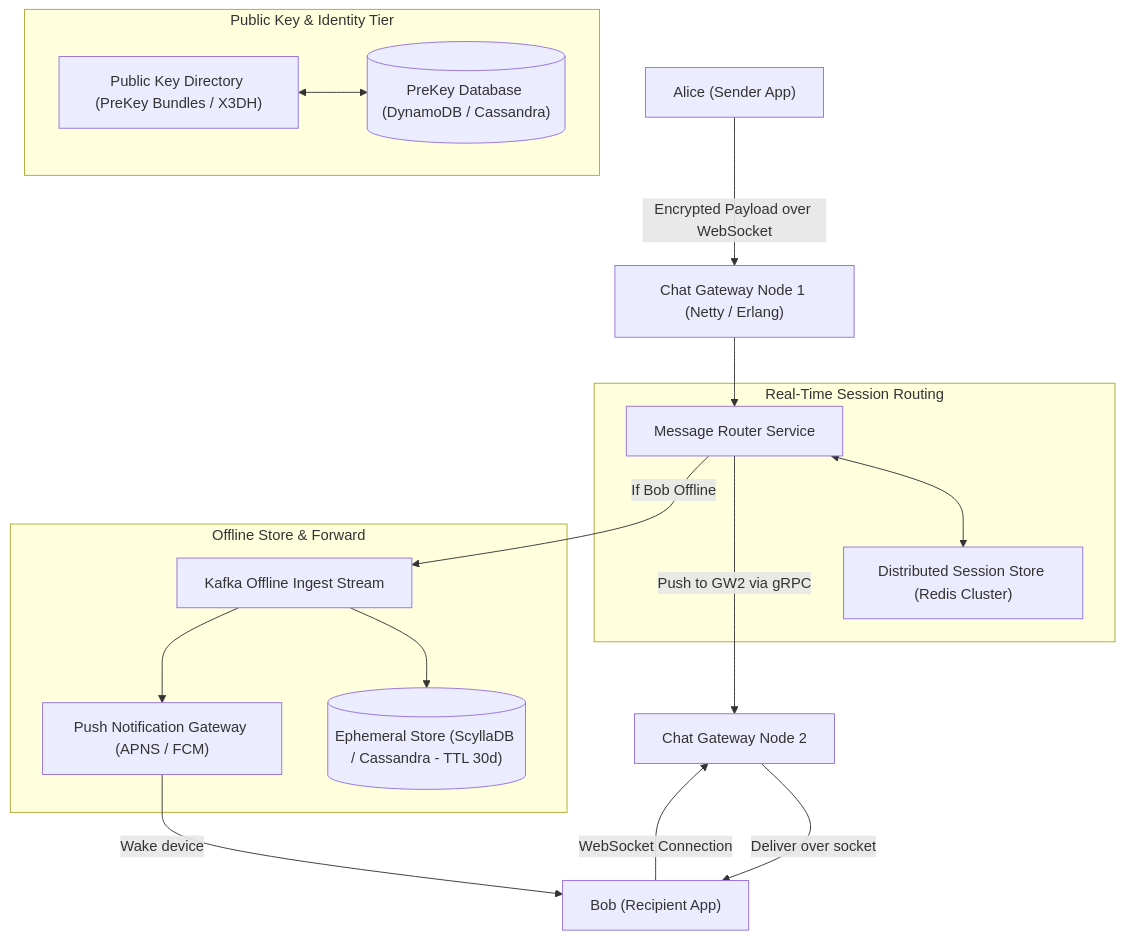
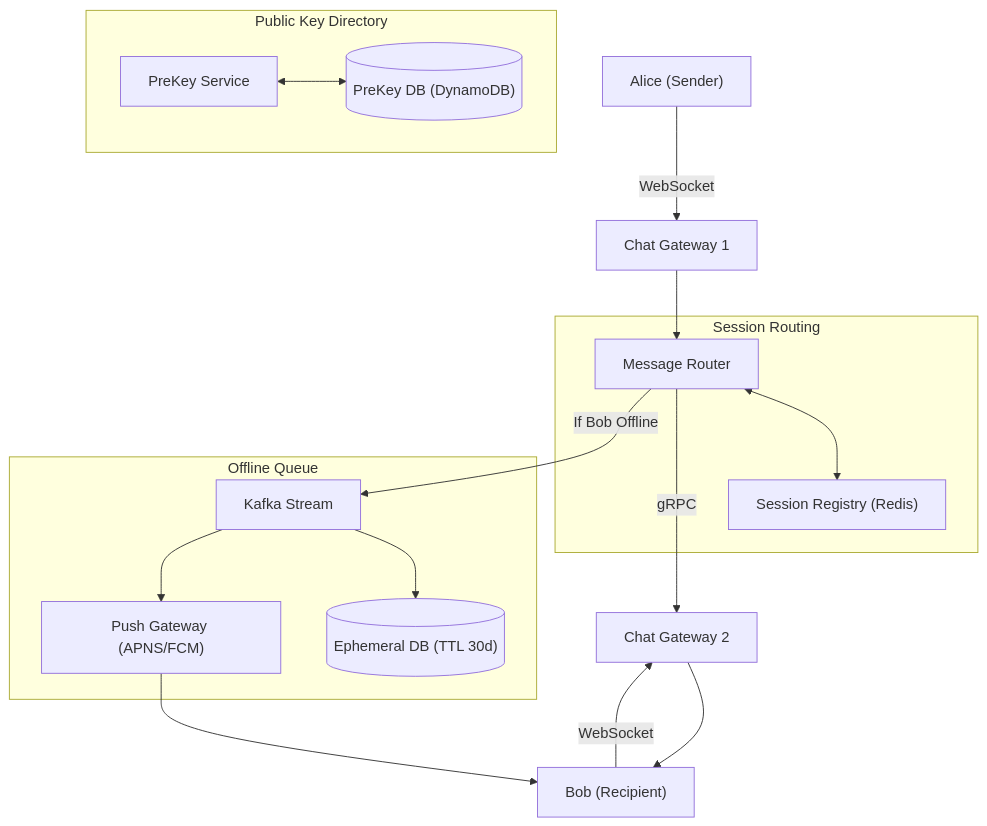
The diagram in strivers-hld/18-Interview-Problems-Product-Scale/02-E2E-Encrypted-Messaging-System/README.md (Sourav108/strivers-lld), drawn with Mermaid before and after one commit. The commit also changed 39 other files, not shown here.

Commit message:
fix(mermaid): wrap node labels, simplify diamonds, and reformat wide diagrams for perfect GitHub rendering

````diff
--- a/strivers-hld/18-Interview-Problems-Product-Scale/02-E2E-Encrypted-Messaging-System/README.md
+++ b/strivers-hld/18-Interview-Problems-Product-Scale/02-E2E-Encrypted-Messaging-System/README.md
@@ -5,32 +5,32 @@
 ```mermaid
 flowchart TD
-    Alice["Alice (Sender App)"] -->|Encrypted Payload over WebSocket| GW1["Chat Gateway Node 1 (Netty / Erlang)"]
-    Bob["Bob (Recipient App)"] -->|WebSocket Connection| GW2["Chat Gateway Node 2"]
+    Alice["Alice (Sender)"] -->|WebSocket| GW1["Chat Gateway 1"]
+    Bob["Bob (Recipient)"] -->|WebSocket| GW2["Chat Gateway 2"]
 
-    subgraph KeyManagement["Public Key & Identity Tier"]
-        KeySvc["Public Key Directory (PreKey Bundles / X3DH)"]
-        KeyDB[("PreKey Database (DynamoDB / Cassandra)")]
+    subgraph KeyTier["Public Key Directory"]
+        KeySvc["PreKey Service"]
+        KeyDB[("PreKey DB (DynamoDB)")]
         KeySvc <--> KeyDB
     end
 
-    subgraph RoutingTier["Real-Time Session Routing"]
-        SessionRegistry["Distributed Session Store (Redis Cluster)"]
-        Router["Message Router Service"]
+    subgraph RoutingTier["Session Routing"]
+        SessionRegistry["Session Registry (Redis)"]
+        Router["Message Router"]
     end
 
     GW1 --> Router
     Router <--> SessionRegistry
-    Router -->|Push to GW2 via gRPC| GW2
-    GW2 -->|Deliver over socket| Bob
+    Router -->|gRPC| GW2
+    GW2 --> Bob
 
-    subgraph OfflineForwarding["Offline Store & Forward"]
-        Kafka["Kafka Offline Ingest Stream"]
-        OfflineDB[("Ephemeral Store (ScyllaDB / Cassandra - TTL 30d)")]
-        PushGW["Push Notification Gateway (APNS / FCM)"]
+    subgraph OfflineTier["Offline Queue"]
+        Kafka["Kafka Stream"]
+        OfflineDB[("Ephemeral DB (TTL 30d)")]
+        PushGW["Push Gateway (APNS/FCM)"]
     end
 
     Router -->|If Bob Offline| Kafka
     Kafka --> OfflineDB
     Kafka --> PushGW
-    PushGW -->|Wake device| Bob
+    PushGW --> Bob
 ```
````
